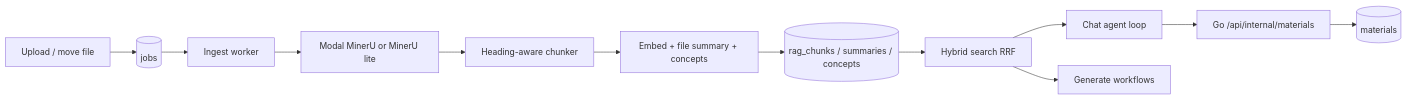
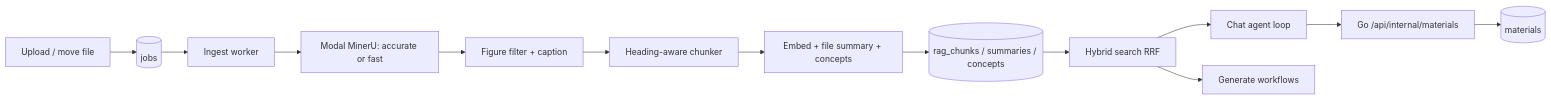
One commit to samyung0/capy-notebook changed the diagram in openwiki/agentic-retrieval.md. Above: the diagram before and after it, drawn with Mermaid. The commit also changed other lines of this file and 43 other files, not shown here.

````diff
--- a/openwiki/agentic-retrieval.md
+++ b/openwiki/agentic-retrieval.md
@@ -33,14 +33,15 @@
 ```mermaid
 flowchart LR
   Upload[Upload / move file] --> Jobs[(jobs)]
   Jobs --> Worker[Ingest worker]
-  Worker --> Parse[Modal MinerU or MinerU lite]
-  Parse --> Chunk[Heading-aware chunker]
+  Worker --> Parse[Modal MinerU: accurate or fast]
+  Parse --> Caption[Figure filter + caption]
+  Caption --> Chunk[Heading-aware chunker]
   Chunk --> Index[Embed + file summary + concepts]
   Index --> Store[(rag_chunks / summaries / concepts)]
   Store --> Search[Hybrid search RRF]
   Search --> Agent[Chat agent loop]
   Search --> Workflows[Generate workflows]
   Agent --> Gateway[Go /api/internal/materials]
   Gateway --> Materials[(materials)]
 ```
````
